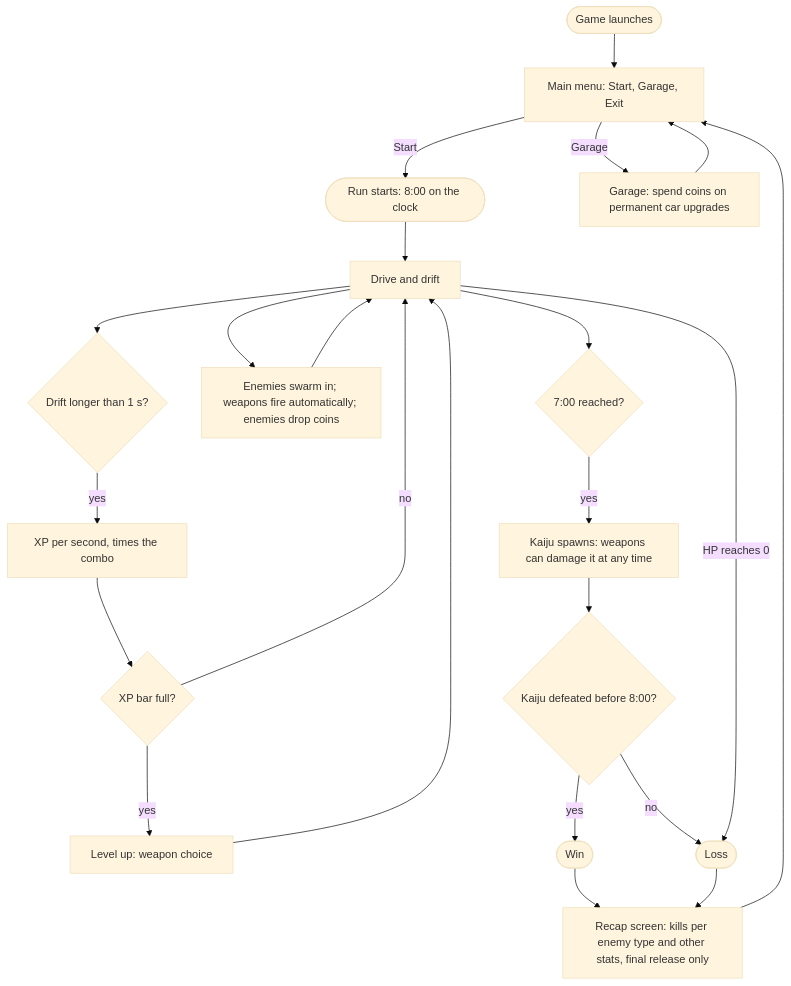
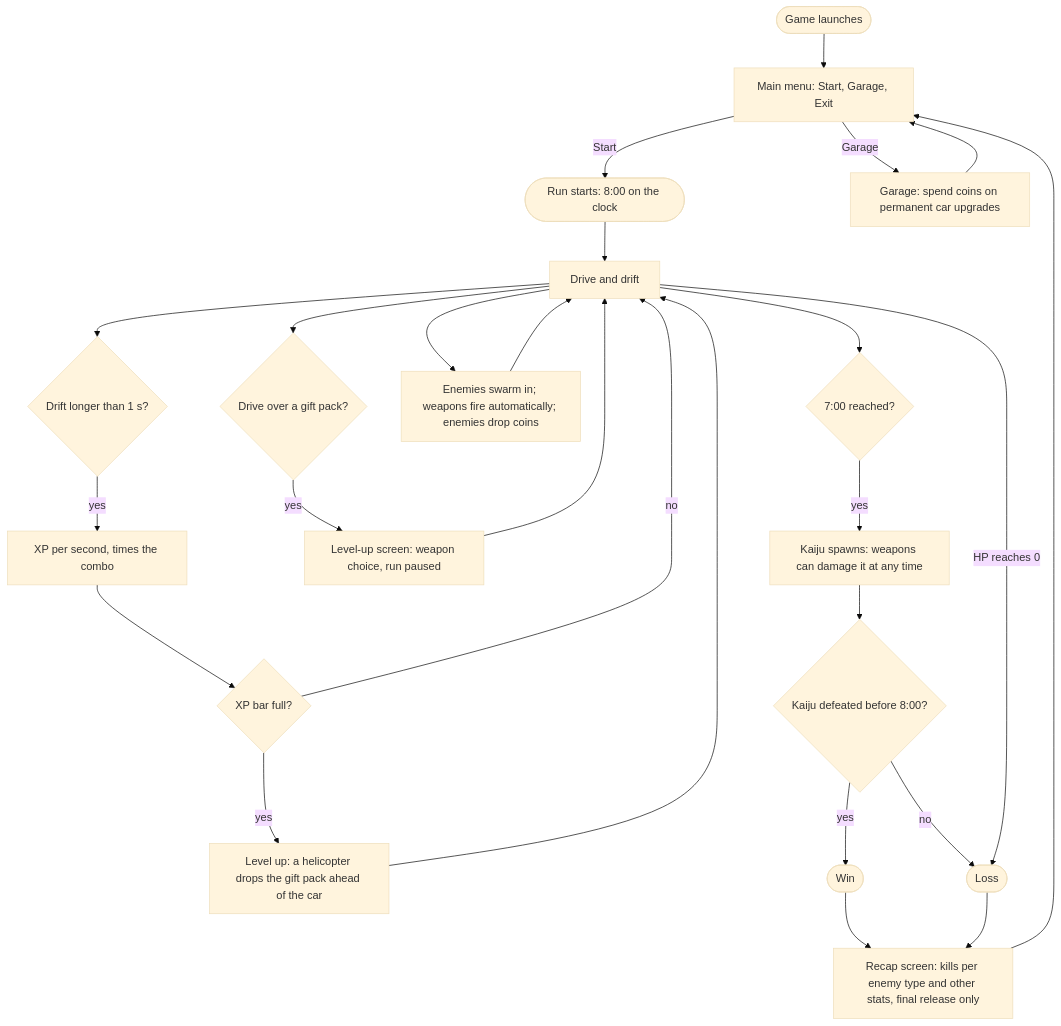
The diagram in docs/game-loop-architecture.md (akyrat/solid-carbide-game), drawn with Mermaid (base theme) before and after one commit. The commit also changed other lines of this file and 33 other files, not shown here.

Commit message:
T-144: gift pack drop: a helicopter drops a package per level-up; driving over it opens the level-up screen (placeholders)

````diff
--- a/docs/game-loop-architecture.md
+++ b/docs/game-loop-architecture.md
@@ -44,21 +44,23 @@
 ```mermaid
 flowchart TD
     launch([Game launches]) --> menu
     start([Run starts: 8:00 on the clock]) --> drive[Drive and drift]
     drive --> drift{Drift longer than 1 s?}
     drift -- yes --> dxp[XP per second, times the combo] --> lvl{XP bar full?}
-    lvl -- yes --> choice[Level up: weapon choice] --> drive
+    lvl -- yes --> heli[Level up: a helicopter drops the gift pack ahead of the car] --> drive
+    drive --> pack{Drive over a gift pack?}
+    pack -- yes --> choice[Level-up screen: weapon choice, run paused] --> drive
     lvl -- no --> drive
     drive --> enemies[Enemies swarm in; weapons fire automatically; enemies drop coins] --> drive
     drive --> boss{7:00 reached?}
     boss -- yes --> kaiju[Kaiju spawns: weapons can damage it at any time]
     kaiju --> win{Kaiju defeated before 8:00?}
     win -- yes --> won([Win])
     win -- no --> lost([Loss])
     drive -- HP reaches 0 --> lost
     won --> recap[Recap screen: kills per enemy type and other stats, final release only]
     lost --> recap
     recap --> menu[Main menu: Start, Garage, Exit]
     menu -- Garage --> garage[Garage: spend coins on permanent car upgrades] --> menu
     menu -- Start --> start
 ```
````
